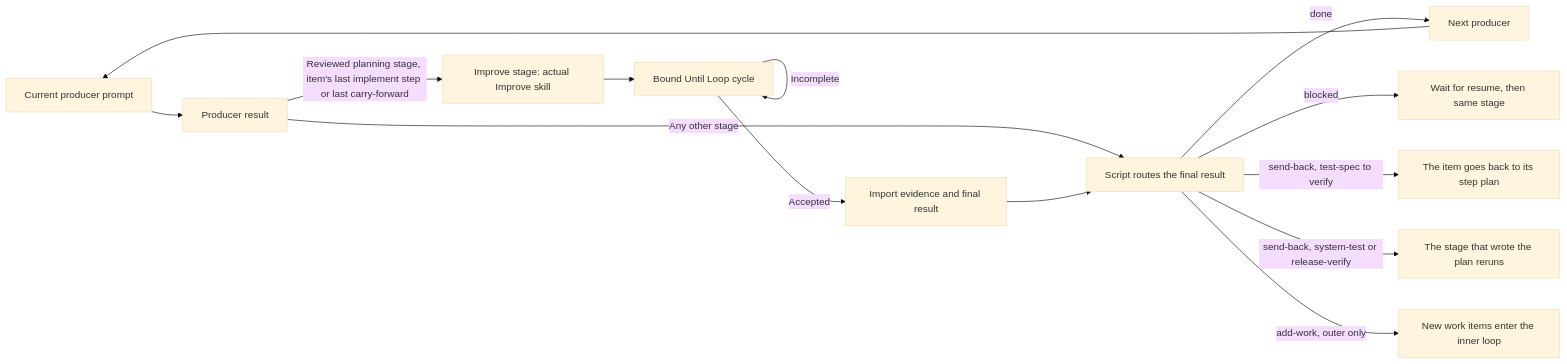
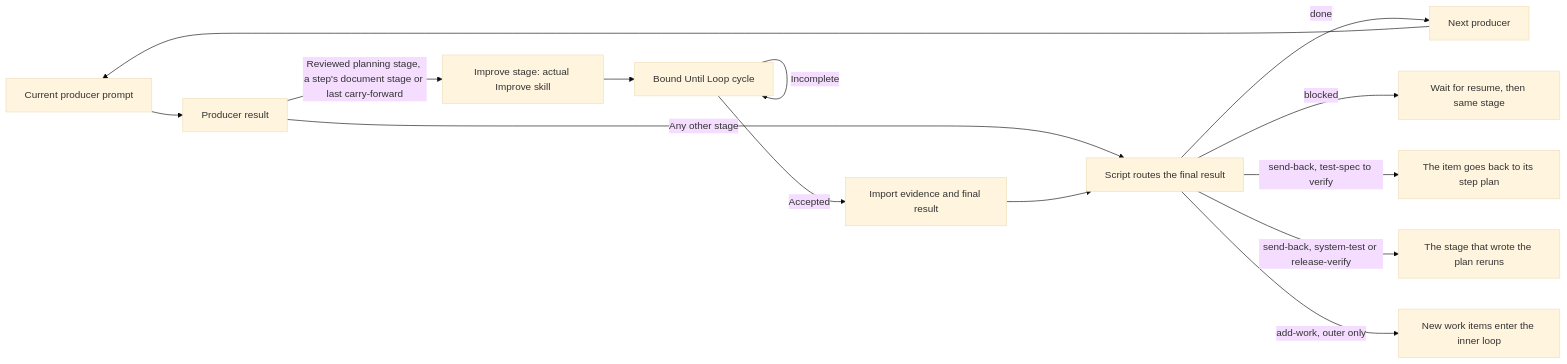
Before and after one commit to whichguy/skill-craft: the first of 4 diagrams in skills/shiploop/references/navigator.md, drawn with Mermaid (base theme). The commit also changed other lines of this file and 39 other files, not shown here.

````diff
--- a/skills/shiploop/references/navigator.md
+++ b/skills/shiploop/references/navigator.md
@@ -21,16 +21,16 @@
 ```mermaid
 flowchart LR
   P[Current producer prompt] --> R[Producer result]
-  R -->|Reviewed planning stage, item's last implement step or last carry-forward| I[Improve stage: actual Improve skill]
+  R -->|Reviewed planning stage, a step's document stage or last carry-forward| I[Improve stage: actual Improve skill]
   R -->|Any other stage| F
   I --> U[Bound Until Loop cycle]
   U -->|Incomplete| U
   U -->|Accepted| C[Import evidence and final result]
   C --> F[Script routes the final result]
   F -->|done| N[Next producer]
   F -->|blocked| B[Wait for resume, then same stage]
   F -->|send-back, test-spec to verify| SB[The item goes back to its step plan]
   F -->|send-back, system-test or release-verify| SO[The stage that wrote the plan reruns]
   F -->|add-work, outer only| W[New work items enter the inner loop]
   N --> P
 ```
````
